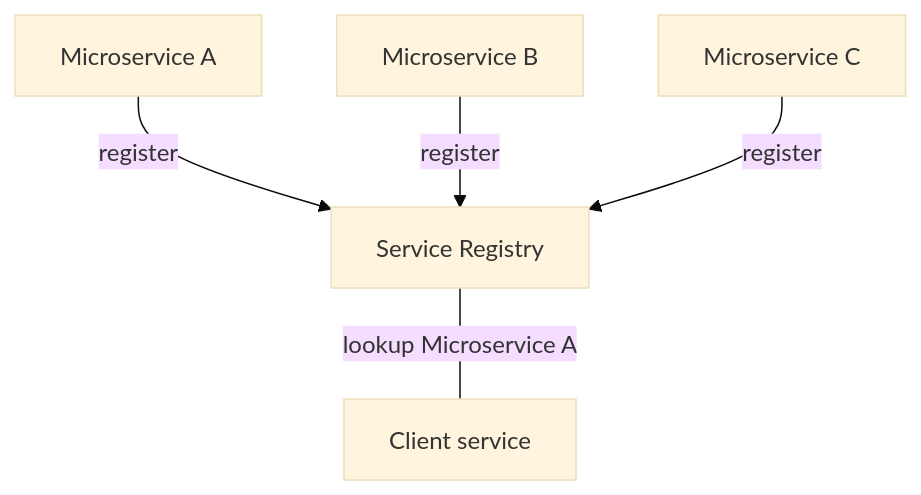
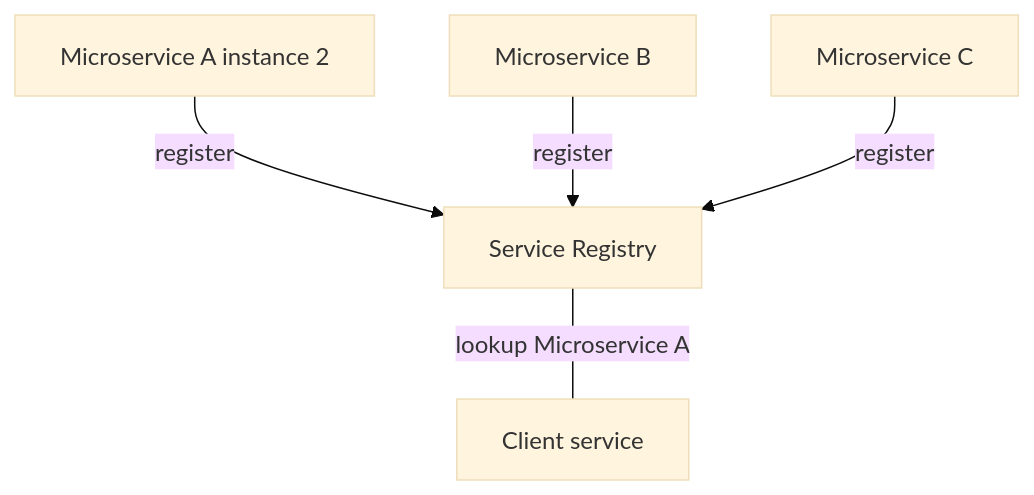
One commit to sonamsamdupkhangsar/sonamsamdupkhangsar.github.io changed the diagram in service-discovery/README.md. Above: the diagram before and after it, drawn with Mermaid (base theme).

Commit message:
add service discovery

````diff
--- a/service-discovery/README.md
+++ b/service-discovery/README.md
@@ -8,13 +8,14 @@
 ```mermaid
 flowchart TD   
-    A[Microservice A] 
+    A[Microservice A instance 1]
+    A[Microservice A instance 2]
     B[Microservice B]
     C[Microservice C]
     Eureka[Service Registry]
     D[Client service] 
 
     A --> |register| Eureka
     B --> |register| Eureka
     C --> |register| Eureka
     Eureka ---|lookup Microservice A| D
 ``` 
````
